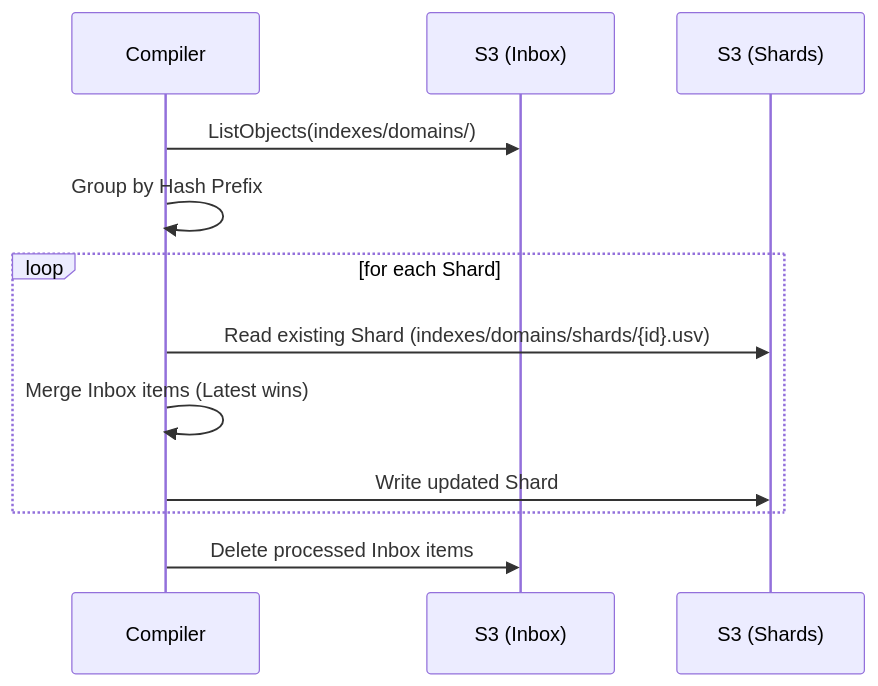
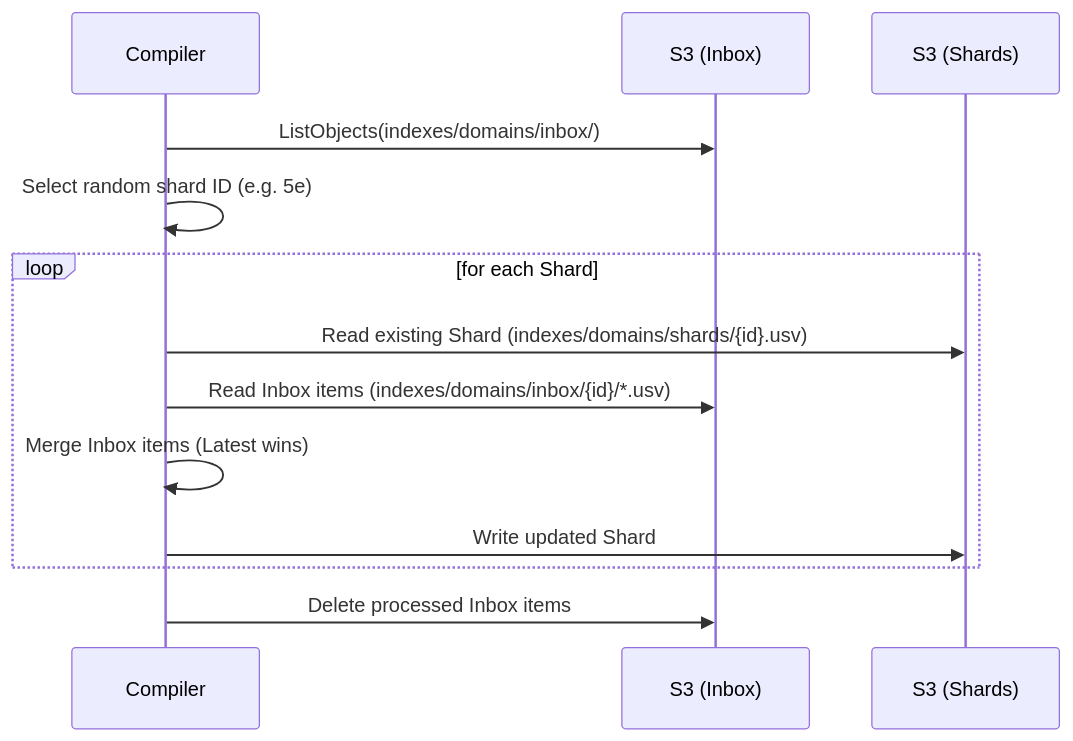
Before and after one commit to bizkite-co/cocli: the second of 2 diagrams in docs/adr/013-deterministic-hash-sharded-index/README.md, drawn with Mermaid. The commit also changed other lines of this file and 42 other files, not shown here.

````diff
--- a/docs/adr/013-deterministic-hash-sharded-index/README.md
+++ b/docs/adr/013-deterministic-hash-sharded-index/README.md
@@ -74,15 +82,16 @@
 ```mermaid
 sequenceDiagram
     participant C as Compiler
     participant I as S3 (Inbox)
     participant S as S3 (Shards)
     
-    C->>I: ListObjects(indexes/domains/)
-    C->>C: Group by Hash Prefix
+    C->>I: ListObjects(indexes/domains/inbox/)
+    C->>C: Select random shard ID (e.g. 5e)
     Loop for each Shard
         C->>S: Read existing Shard (indexes/domains/shards/{id}.usv)
+        C->>I: Read Inbox items (indexes/domains/inbox/{id}/*.usv)
         C->>C: Merge Inbox items (Latest wins)
         C->>S: Write updated Shard
     End
     C->>I: Delete processed Inbox items
 ```
````
